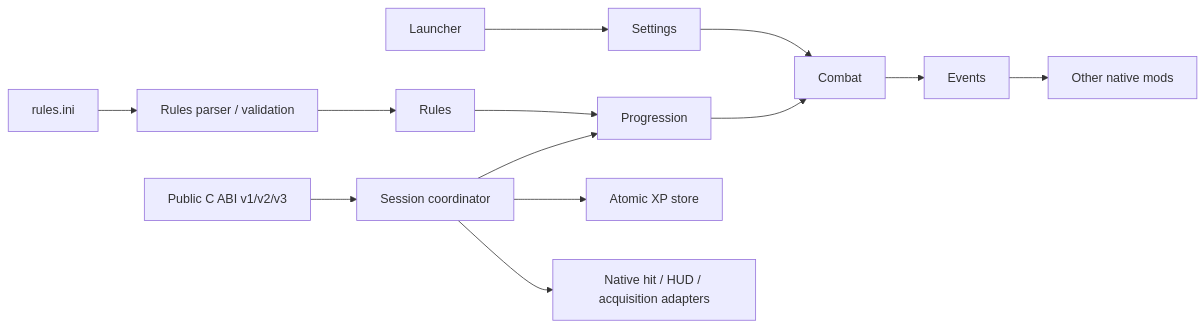
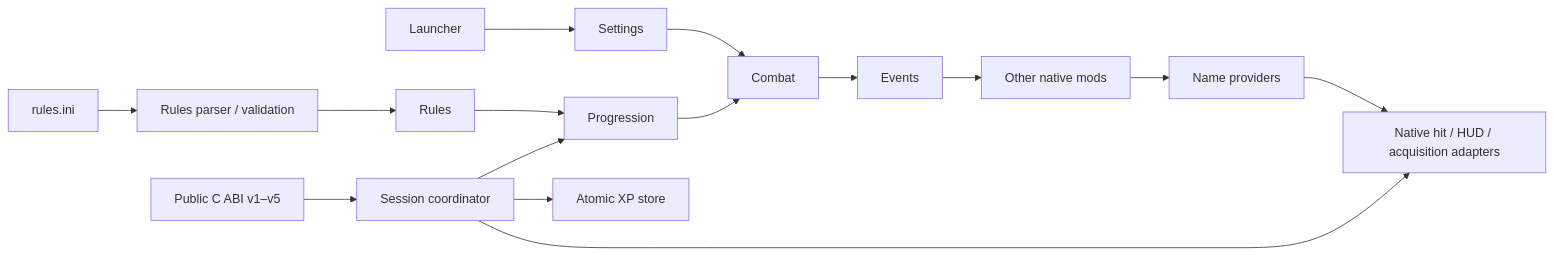
One commit to noire342/openrac-mods changed the diagram in weapon-xp/docs/ARCHITECTURE.md. Above: the diagram before and after it, drawn with Mermaid. The commit also changed other lines of this file and 23 other files, not shown here.

````diff
--- a/weapon-xp/docs/ARCHITECTURE.md
+++ b/weapon-xp/docs/ARCHITECTURE.md
@@ -6,15 +6,17 @@
 ```mermaid
 flowchart LR
     Launcher --> Settings
     File[rules.ini] --> Parser[Rules parser / validation]
-    API[Public C ABI v1/v2/v3] --> Session[Session coordinator]
+    API[Public C ABI v1–v5] --> Session[Session coordinator]
     Parser --> Rules
     Settings --> Combat
     Rules --> Progression
     Progression --> Combat
     Combat --> Events
     Session --> Progression
     Session --> Store[Atomic XP store]
     Session --> Native[Native hit / HUD / acquisition adapters]
     Events --> Consumers[Other native mods]
+    Consumers --> Names[Name providers]
+    Names --> Native
 ```
````
